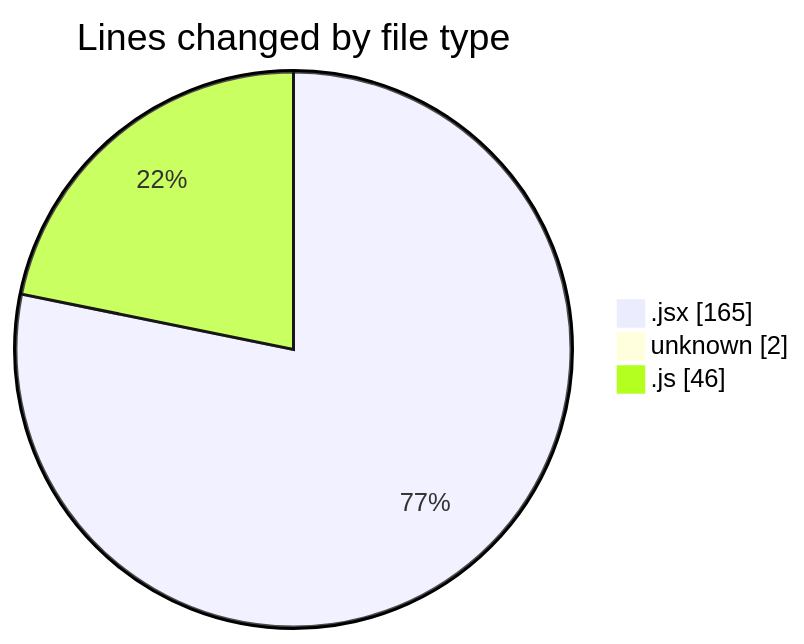
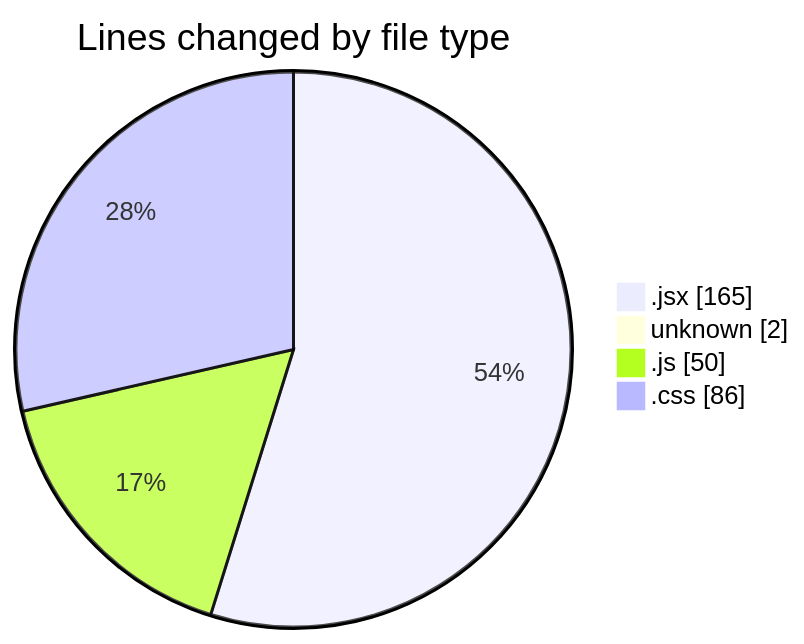
One commit to Elitesun/code-tracking changed the first of 2 diagrams in 2025-02-22/elitegpt/README.md. Above: the diagram before and after it, drawn with Mermaid. The commit also changed other lines of this file and 1 other file, not shown here.

````diff
--- a/2025-02-22/elitegpt/README.md
+++ b/2025-02-22/elitegpt/README.md
@@ -27,7 +28,8 @@
 ```mermaid
 pie showData
 title Lines changed by file type
 ".jsx" : 165
 "unknown" : 2
-".js" : 46
+".js" : 50
+".css" : 86
 ```
````
